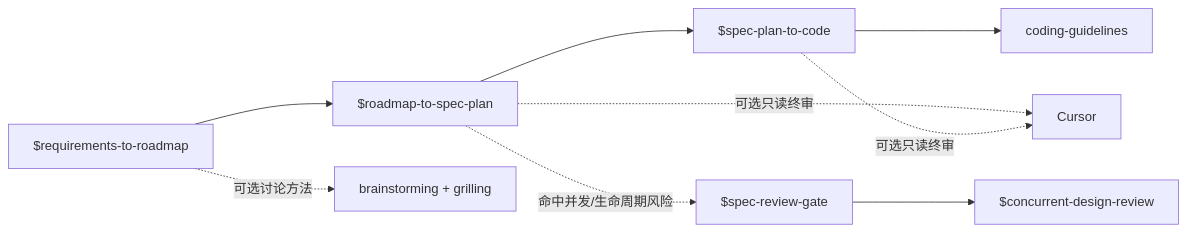
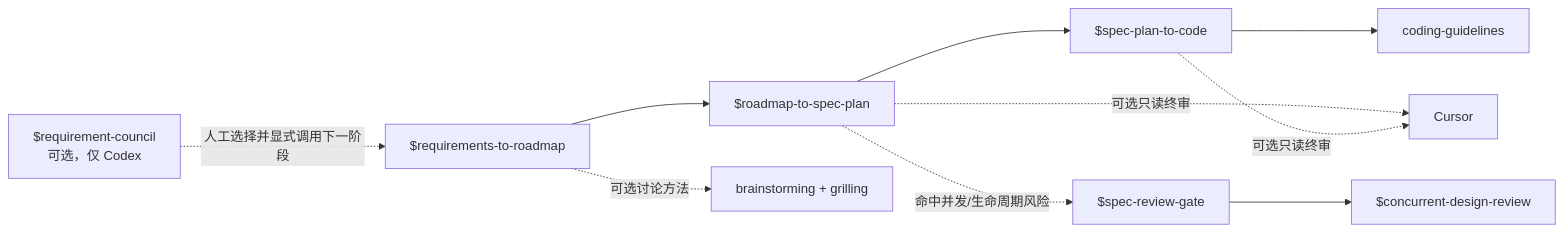
Before and after one commit to xfni/skills: the diagram in README.zh.md, drawn with Mermaid. The commit also changed other lines of this file and 8 other files, not shown here.

````diff
--- a/README.zh.md
+++ b/README.zh.md
@@ -11,10 +11,11 @@
 ```mermaid
 flowchart LR
+    RC["$requirement-council<br/>可选，仅 Codex"] -. 人工选择并显式调用下一阶段 .-> R
     R["$requirements-to-roadmap"] --> S["$roadmap-to-spec-plan"] --> C["$spec-plan-to-code"]
     R -. 可选讨论方法 .-> B["brainstorming + grilling"]
     S -. 命中并发/生命周期风险 .-> G["$spec-review-gate"]
     G --> D["$concurrent-design-review"]
     C --> CG["coding-guidelines"]
     S -. 可选只读终审 .-> CU["Cursor"]
     C -. 可选只读终审 .-> CU
 ```
````
